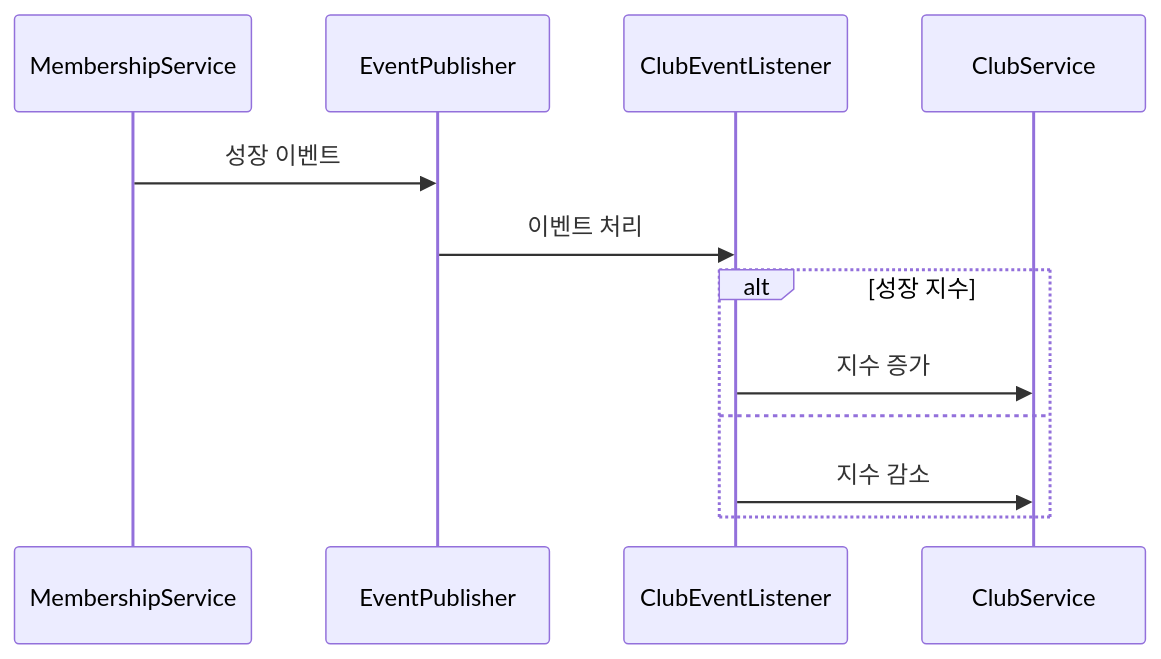
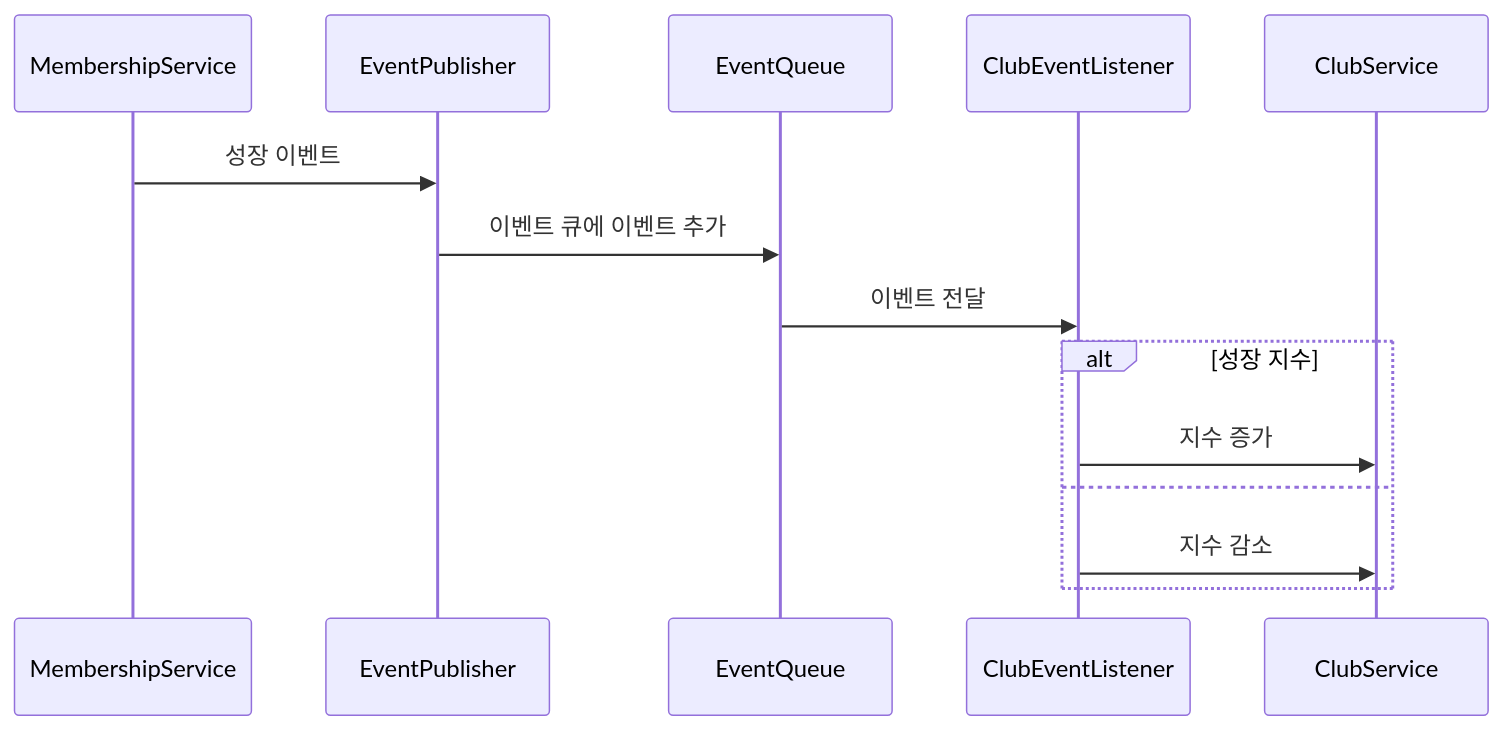
One commit to ssomal62/ssomal62.github.io changed the third of 3 diagrams in content/about/cw/index.md. Above: the diagram before and after it, drawn with Mermaid. The commit also changed other lines of this file, not shown here.

```diff
--- a/content/about/cw/index.md
+++ b/content/about/cw/index.md
@@ -198,10 +206,11 @@
 {{< mermaid >}}
 sequenceDiagram
 MembershipService->>EventPublisher: 성장 이벤트
-EventPublisher->>ClubEventListener: 이벤트 처리
+EventPublisher->>EventQueue: 이벤트 큐에 이벤트 추가
+EventQueue->>ClubEventListener: 이벤트 전달
 alt 성장 지수
 ClubEventListener->>ClubService: 지수 증가
 else
 ClubEventListener->>ClubService: 지수 감소
 end
 {{< /mermaid >}}
```
